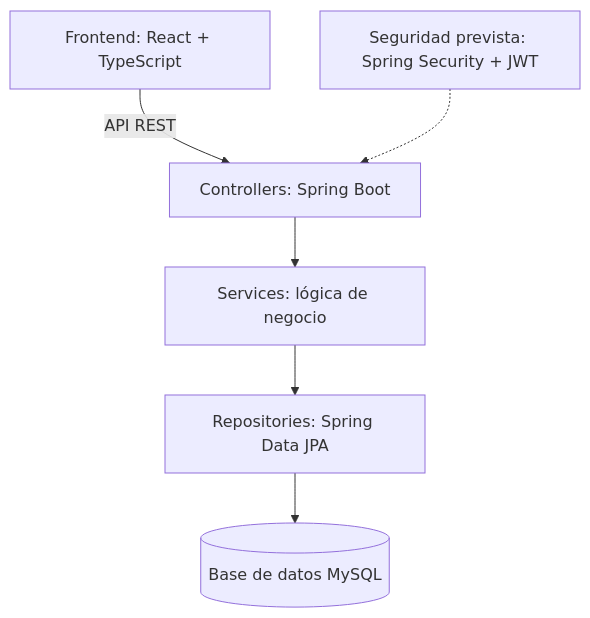
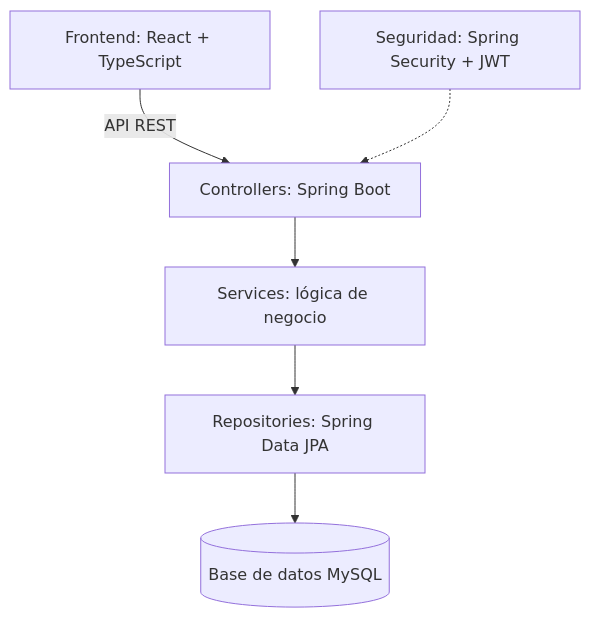
The first of 2 diagrams in README.md (CarlosAdrianJ/proyecto_clinica_medica), drawn with Mermaid before and after one commit. The commit also changed other lines of this file, not shown here.

````diff
--- a/README.md
+++ b/README.md
@@ -180,8 +184,8 @@
 ```mermaid
 flowchart TD
     A["Frontend: React + TypeScript"] -->|API REST| B["Controllers: Spring Boot"]
     B --> C["Services: lógica de negocio"]
     C --> D["Repositories: Spring Data JPA"]
     D --> E[("Base de datos MySQL")]
-    F["Seguridad prevista: Spring Security + JWT"] -.-> B
+    F["Seguridad: Spring Security + JWT"] -.-> B
 ```
````
